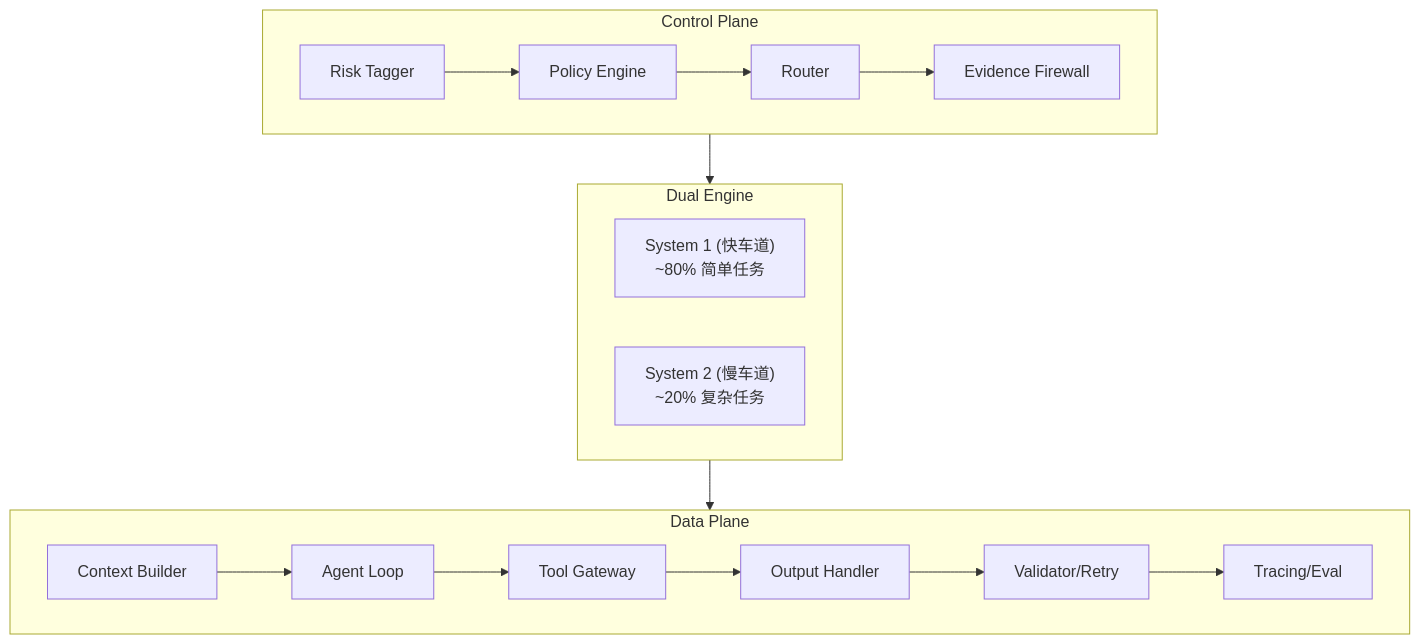
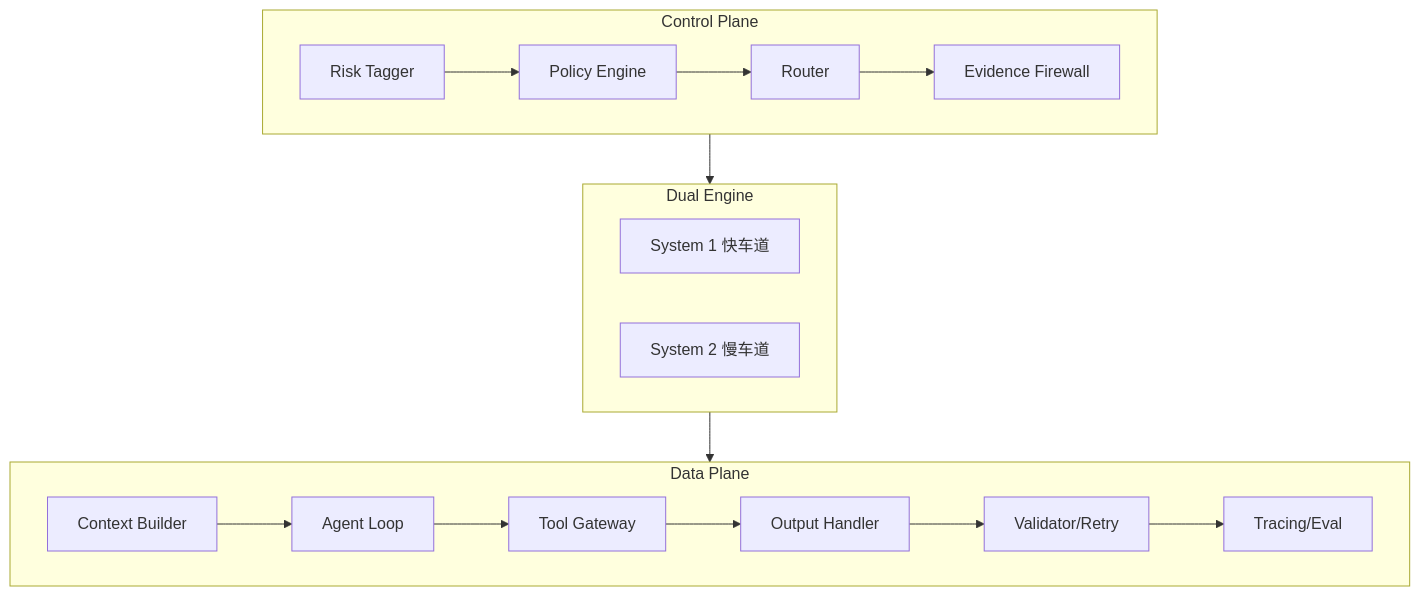
One commit to exposir/ai-talk changed the diagram in README.md. Above: the diagram before and after it, drawn with Mermaid. The commit also changed other lines of this file, not shown here.

````diff
--- a/README.md
+++ b/README.md
@@ -19,24 +28,24 @@
 ```mermaid
 flowchart TB
     subgraph Control["Control Plane"]
         RT[Risk Tagger] --> PE[Policy Engine]
         PE --> R[Router]
         R --> EF[Evidence Firewall]
+    end
+
+    subgraph Engines["Dual Engine"]
+        S1["System 1 快车道"]
+        S2["System 2 慢车道"]
     end
 
     subgraph Data["Data Plane"]
         CB[Context Builder] --> AL[Agent Loop]
         AL --> TG[Tool Gateway]
         TG --> OH[Output Handler]
         OH --> VR[Validator/Retry]
         VR --> TE[Tracing/Eval]
     end
 
-    subgraph Engines["Dual Engine"]
-        S1["System 1 (快车道)\n~80% 简单任务"]
-        S2["System 2 (慢车道)\n~20% 复杂任务"]
-    end
-
     Control --> Engines
     Engines --> Data
 ```
````
